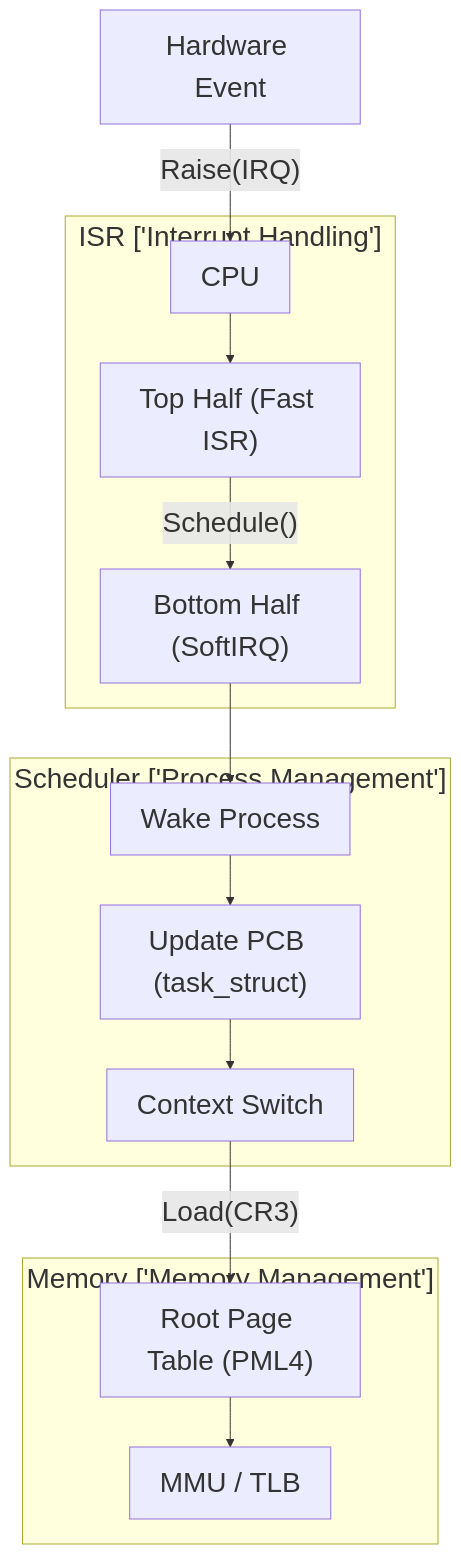
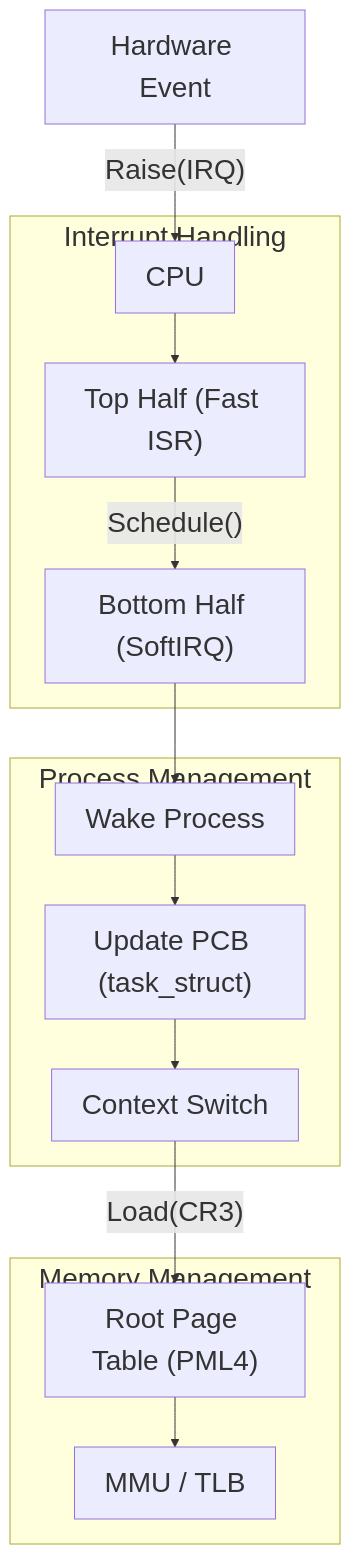
Before and after one commit to j4flmao/agent-skills: the diagram in skills/low-level/kernel-development/SKILL.md, drawn with Mermaid. The commit also changed 38 other files, not shown here.

Commit message:
style(skills): Add padding to Mermaid subgraphs to prevent label overlap with nodes

````diff
--- a/skills/low-level/kernel-development/SKILL.md
+++ b/skills/low-level/kernel-development/SKILL.md
@@ -24,21 +24,21 @@
 ```mermaid
 %%{init: {"theme": "default", "themeVariables": {"fontSize": "28px"}, "flowchart": {"useMaxWidth": false}}}%%
 flowchart TD
     HW["Hardware Event"] -->|"Raise(IRQ)"| CPU
     
-    subgraph ISRInterruptHandling ["ISR ['Interrupt Handling']"]
+    subgraph ISRInterruptHandling ["Interrupt Handling<br/>"]
         CPU --> TopHalf["Top Half (Fast ISR)"]
         TopHalf -->|"Schedule()"| BottomHalf["Bottom Half (SoftIRQ)"]
     end
     
-    subgraph SchedulerProcessManagement ["Scheduler ['Process Management']"]
+    subgraph SchedulerProcessManagement ["Process Management<br/>"]
         BottomHalf --> Wake["Wake Process"]
         Wake --> PCB["Update PCB (task_struct)"]
         PCB --> Switch["Context Switch"]
     end
     
-    subgraph MemoryMemoryManagement ["Memory ['Memory Management']"]
+    subgraph MemoryMemoryManagement ["Memory Management<br/>"]
         Switch -->|"Load(CR3)"| PageTable["Root Page Table (PML4)"]
         PageTable --> MMU["MMU / TLB"]
     end
 ```
````
